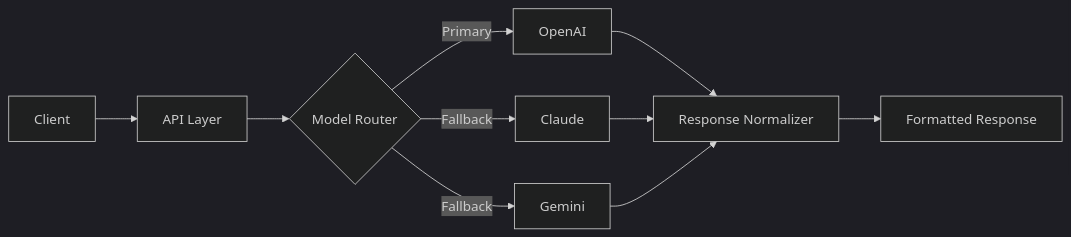
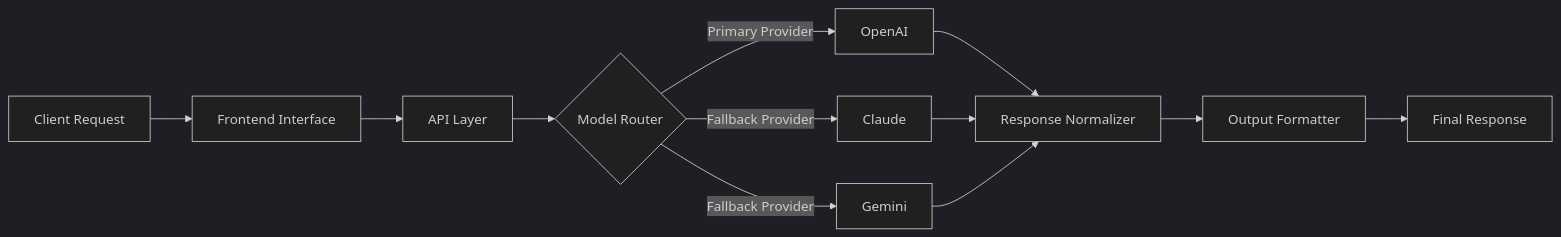
Before and after one commit to SamuelKunle/SamuelKunle: the diagram in README.md, drawn with Mermaid (dark theme). The commit also changed other lines of this file, not shown here.

````diff
--- a/README.md
+++ b/README.md
@@ -30,15 +67,17 @@
 ```mermaid
 flowchart LR
-    A[Client] --> B[API Layer]
-    B --> C{Model Router}
+    A[Client Request] --> B[Frontend Interface]
+    B --> C[API Layer]
+    C --> D{Model Router}
 
-    C -->|Primary| D[OpenAI]
-    C -->|Fallback| E[Claude]
-    C -->|Fallback| F[Gemini]
+    D -->|Primary Provider| E[OpenAI]
+    D -->|Fallback Provider| F[Claude]
+    D -->|Fallback Provider| G[Gemini]
 
-    D --> G[Response Normalizer]
-    E --> G
-    F --> G
+    E --> H[Response Normalizer]
+    F --> H
+    G --> H
 
-    G --> H[Formatted Response]
+    H --> I[Output Formatter]
+    I --> J[Final Response]
 ```
````
